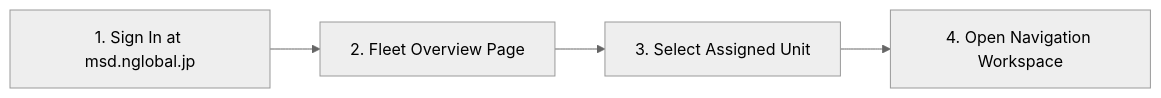
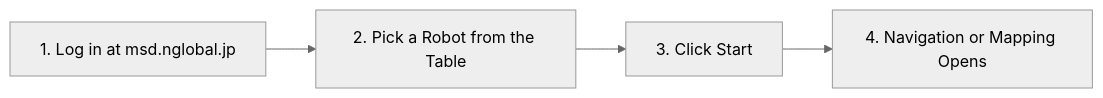
One commit to itbdelaboprogramming/msd700_documentation changed the first of 4 diagrams in docs/ja/user-guide/quick-start.md. Above: the diagram before and after it, drawn with Mermaid (neutral theme). The commit also changed other lines of this file and 35 other files, not shown here.

````diff
--- a/docs/ja/user-guide/quick-start.md
+++ b/docs/ja/user-guide/quick-start.md
@@ -26,6 +26,6 @@
 ```mermaid
 flowchart LR
-  LOGIN["1. Sign In at msd.nglobal.jp"] --> FLEET["2. Fleet Overview Page"]
-  FLEET --> SELECT["3. Select Assigned Unit"]
-  SELECT --> NAV["4. Open Navigation Workspace"]
+  LOGIN["1. Log in at msd.nglobal.jp"] --> FLEET["2. Pick a Robot from the Table"]
+  FLEET --> SELECT["3. Click Start"]
+  SELECT --> NAV["4. Navigation or Mapping Opens"]
 ```
````
